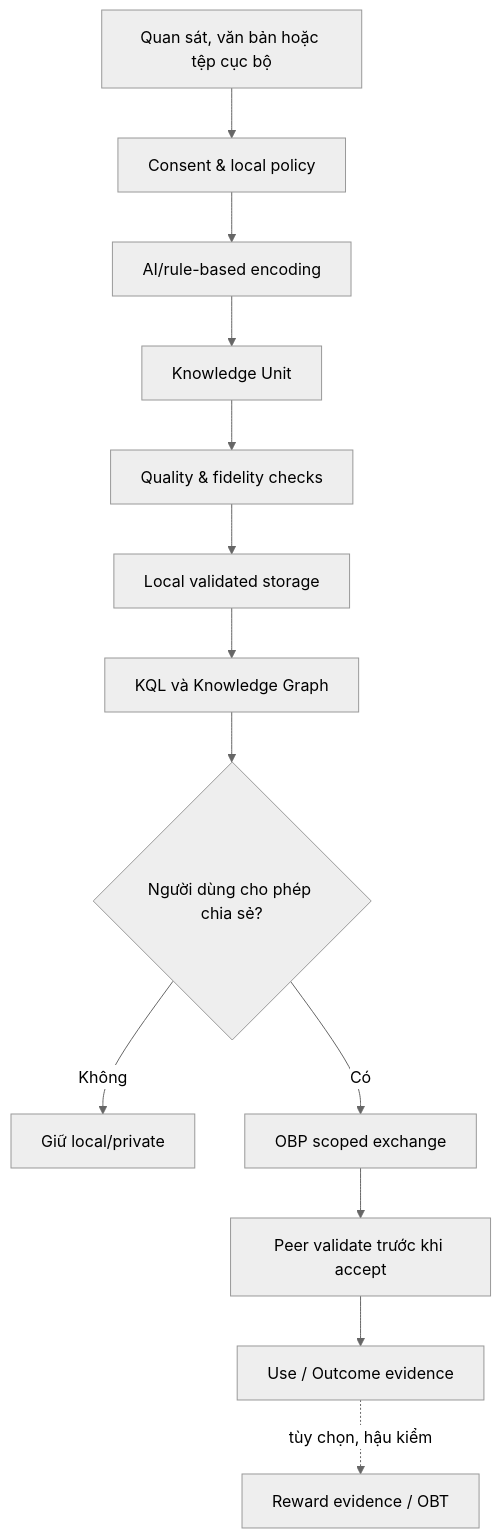
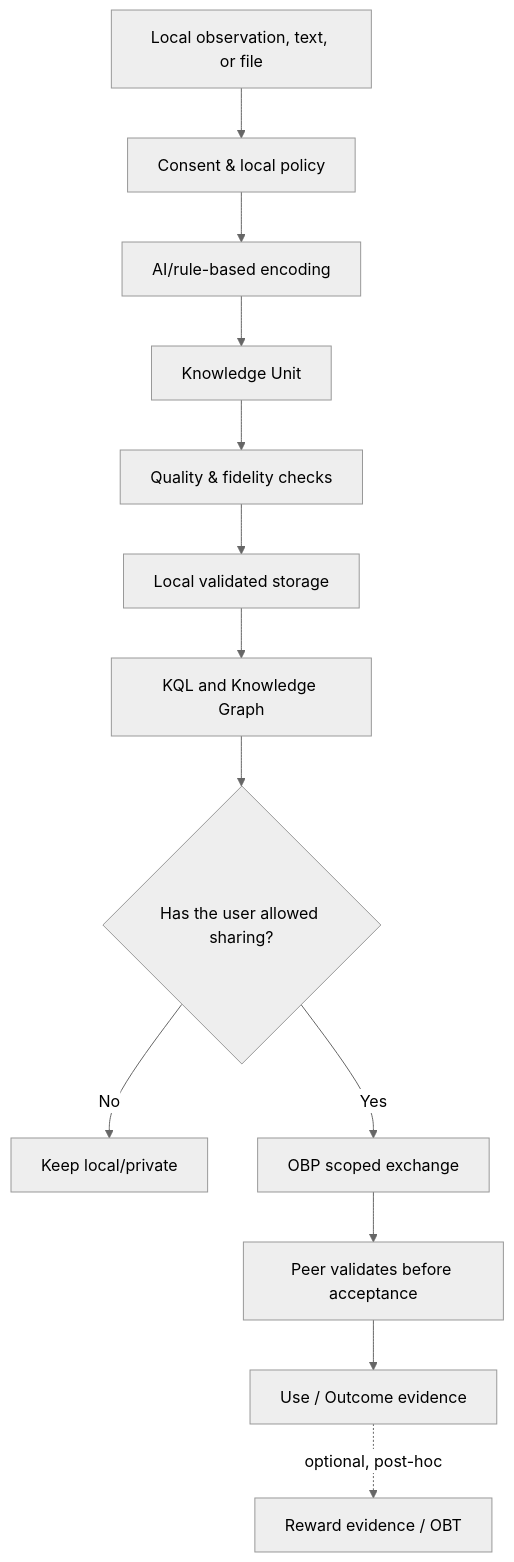
Before and after one commit to shpy2001gemi/OneBrain: the third of 4 diagrams in README.md, drawn with Mermaid (neutral theme). The commit also changed other lines of this file and 1 other file, not shown here.

````diff
--- a/README.md
+++ b/README.md
@@ -401,15 +403,15 @@
 ```mermaid
 flowchart TD
-    A["Quan sát, văn bản hoặc tệp cục bộ"] --> B["Consent & local policy"]
+    A["Local observation, text, or file"] --> B["Consent & local policy"]
     B --> C["AI/rule-based encoding"]
     C --> D["Knowledge Unit"]
     D --> E["Quality & fidelity checks"]
     E --> F["Local validated storage"]
-    F --> G["KQL và Knowledge Graph"]
-    G --> H{"Người dùng cho phép chia sẻ?"}
-    H -->|Không| I["Giữ local/private"]
-    H -->|Có| J["OBP scoped exchange"]
-    J --> K["Peer validate trước khi accept"]
+    F --> G["KQL and Knowledge Graph"]
+    G --> H{"Has the user allowed sharing?"}
+    H -->|No| I["Keep local/private"]
+    H -->|Yes| J["OBP scoped exchange"]
+    J --> K["Peer validates before acceptance"]
     K --> L["Use / Outcome evidence"]
-    L -. tùy chọn, hậu kiểm .-> M["Reward evidence / OBT"]
+    L -. optional, post-hoc .-> M["Reward evidence / OBT"]
 ```
````
